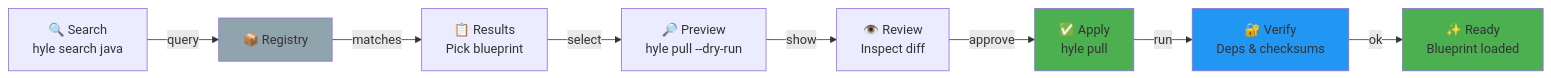
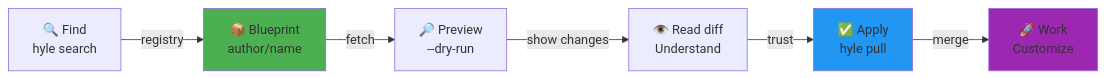
One commit to kittender/hyle changed the first of 3 diagrams in web/docs/concepts.md. Above: the diagram before and after it, drawn with Mermaid. The commit also changed other lines of this file and 33 other files, not shown here.

````diff
--- a/web/docs/concepts.md
+++ b/web/docs/concepts.md
@@ -21,24 +34,19 @@
 ```mermaid
 graph LR
-    Search["🔍 Search<br/>hyle search java"]
-    Registry["📦 Registry"]
-    Results["📋 Results<br/>Pick blueprint"]
-    DryRun["🔎 Preview<br/>hyle pull --dry-run"]
-    Review["👁️ Review<br/>Inspect diff"]
+    Find["🔍 Find<br/>hyle search"]
+    Blueprint["📦 Blueprint<br/>author/name"]
+    Preview["🔎 Preview<br/>--dry-run"]
+    Review["👁️ Read diff<br/>Understand"]
     Apply["✅ Apply<br/>hyle pull"]
-    Verify["🔐 Verify<br/>Deps & checksums"]
-    Done["✨ Ready<br/>Blueprint loaded"]
+    Work["🚀 Work<br/>Customize"]
     
-    Search -->|query| Registry
-    Registry -->|matches| Results
-    Results -->|select| DryRun
-    DryRun -->|show| Review
-    Review -->|approve| Apply
-    Apply -->|run| Verify
-    Verify -->|ok| Done
+    Find -->|registry| Blueprint
+    Blueprint -->|fetch| Preview
+    Preview -->|show changes| Review
+    Review -->|trust| Apply
+    Apply -->|merge| Work
     
-    style Registry fill:#90a4ae
-    style Apply fill:#4caf50
-    style Verify fill:#2196f3
-    style Done fill:#4caf50
+    style Blueprint fill:#4caf50
+    style Apply fill:#2196f3
+    style Work fill:#9c27b0
 ```
````
